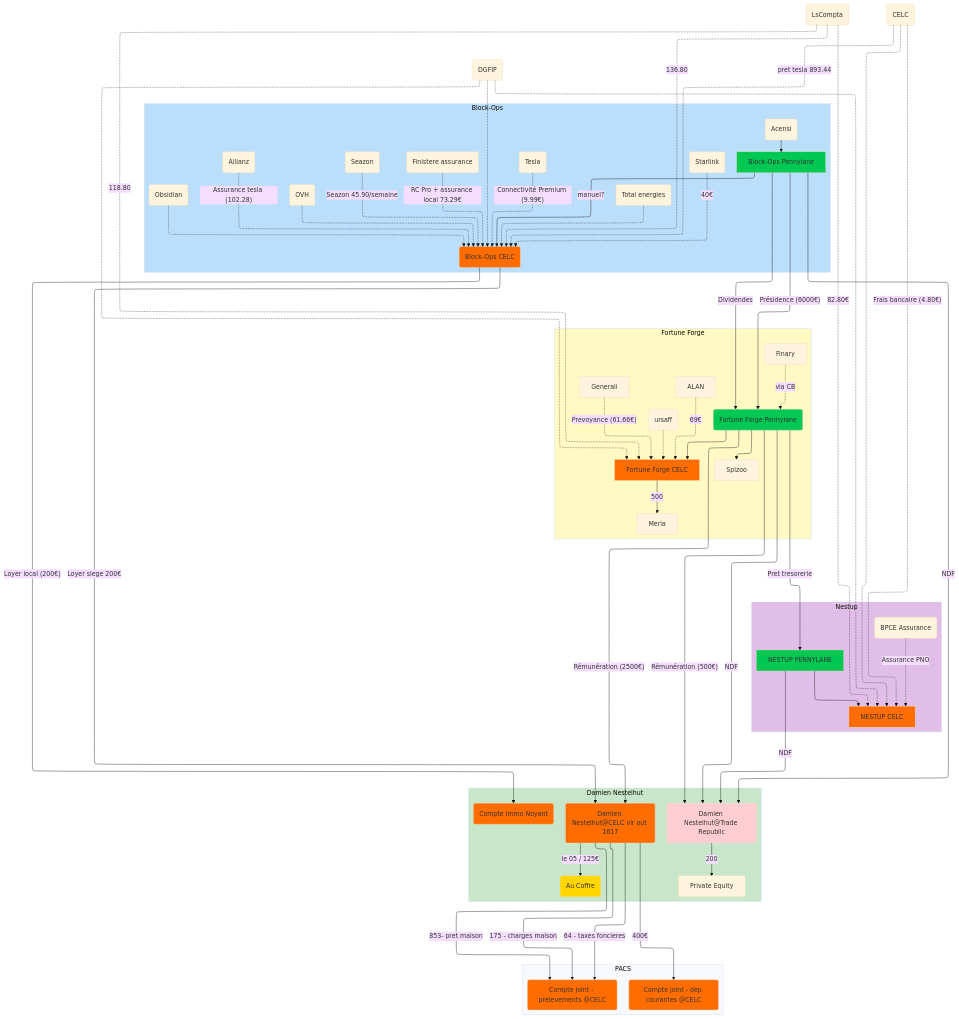
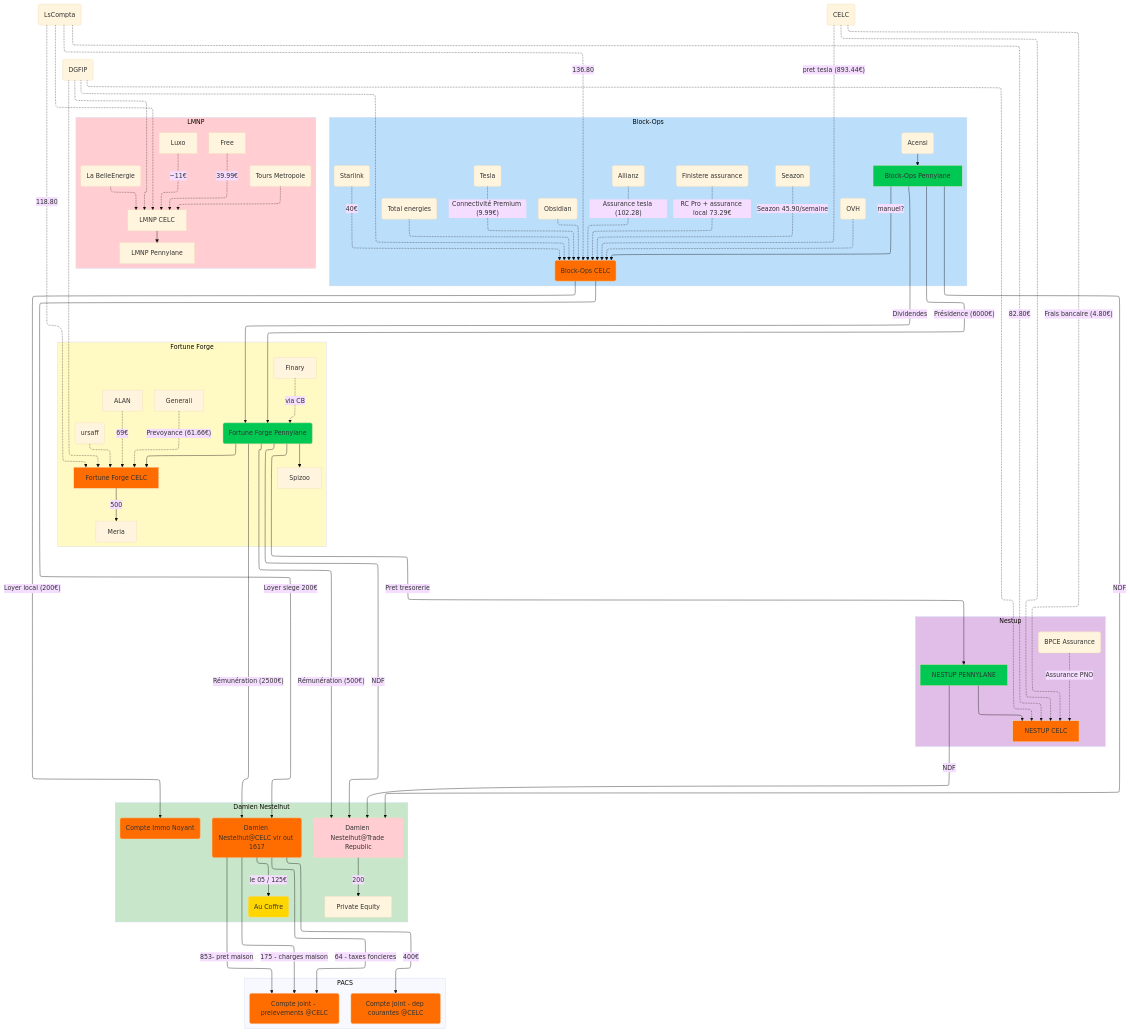
One commit to dnestelhut/fortune_forge_diagrams changed the diagram in ff_virements.mermaid. Above: the diagram before and after it, drawn with Mermaid (base theme).

Commit message:
Ajout de nouveaux nœuds et relations au diagramme LMNP dans ff_virements.mermaid

```diff
--- a/ff_virements.mermaid
+++ b/ff_virements.mermaid
@@ -1,125 +1,145 @@
 ---
 config:
   layout: elk
 ---
 flowchart TB
  subgraph s1["Fortune Forge"]
         FF_PENN("Fortune Forge Pennylane")
         E["Fortune Forge CELC"]
         n5["ursaff"]
         n4["Meria"]
         n19["Spizoo"]
         n21["Finary"]
         n23["ALAN"]
         n24["Generali"]
   end
  subgraph s2["Nestup"]
         n1["NESTUP PENNYLANE"]
         n2["NESTUP CELC"]
         n20["BPCE Assurance"]
   end
  subgraph s3["Damien Nestelhut"]
         DN_CELC("Damien Nestelhut@CELC vir out 1617")
         AUCOFFRE("Au Coffre")
         n10["Compte Immo Noyant"]
         DN_TR("Damien Nestelhut@Trade Republic")
         n7["Private Equity"]
   end
  subgraph s4["PACS"]
         JOINT_PREL("Compte joint - prelevements @CELC")
         JOINT_DEPC("Compte joint - dep courantes @CELC")
   end
  subgraph s5["Block-Ops"]
         BO_CELC("Block-Ops CELC")
         n9["Allianz"]
         n13["Finistere assurance"]
         n14["Seazon"]
         n15["Total energies"]
         n16["OVH"]
         n17["Tesla"]
         BO_PENN["Block-Ops Pennylane"]
         n8["Acensi"]
         n18["Obsidian"]
         n22["Starlink"]
   end
+ subgraph s6["LMNP"]
+        n25["LMNP CELC"]
+        n26["LMNP Pennylane"]
+        n27["Luxo"]
+        n28["Free"]
+        n30["Tours Metropole"]
+        n29["La BelleEnergie"]
+  end
     BO_PENN -- manuel? --> BO_CELC
     BO_PENN -- Présidence (6000€) --> FF_PENN
     FF_PENN -- Rémunération (2500€) --> DN_CELC
     FF_PENN -- Rémunération (500€) --> DN_TR
     DN_CELC -- le 05 / 125€ --> AUCOFFRE
     DN_CELC -- 400€ --> JOINT_DEPC
     DN_CELC L_DN_CELC_JOINT_PREL_0@-- "64 - taxes foncieres" --> JOINT_PREL
     DN_CELC -- "175 - charges maison" --> JOINT_PREL
     DN_CELC -- "853- pret maison" --> JOINT_PREL
     FF_PENN --> E & n19
     FF_PENN -- NDF --> DN_TR
     n1 --> n2
     E -- 500 --> n4
     n5 -.-> E
     n6["LsCompta"] -. "136.80" .-> BO_CELC
     n6 -. "118.80" .-> E
     n6 -. "82.80€" .-> n2
     DN_TR -- 200 --> n7
     n8 --> BO_PENN
     n9 -. "Assurance tesla (102.28)" .-> BO_CELC
     BO_CELC -- Loyer siege 200€ --> DN_CELC
     BO_CELC -- Loyer local (200€) --> n10
-    n11["DGFIP"] -.-> BO_CELC & E & n2
-    n12["CELC"] -. "pret tesla 893.44" .-> BO_CELC
+    n11["DGFIP"] -.-> BO_CELC & E & n2 & n25
+    n12["CELC"] -. "pret tesla (893.44€)" .-> BO_CELC
     n13 -. "RC Pro + assurance local 73.29€" .-> BO_CELC
     n14 -. "Seazon 45.90/semaine" .-> BO_CELC
     n15 -.-> BO_CELC
     n1 -- NDF --> DN_TR
     BO_PENN -- NDF --> DN_TR
     BO_PENN -- Dividendes --> FF_PENN
     FF_PENN -- Pret tresorerie --> n1
     n16 -.-> BO_CELC
     n17 -. "Connectivité Premium (9.99€)" .-> BO_CELC
     n18 -.-> BO_CELC
     n12 -.-> n2
     n12 -. "Frais bancaire (4.80€)" .-> n2
     n20 -. Assurance PNO .-> n2
     n21 -. via CB .-> FF_PENN
     n22 -. 40€ .-> BO_CELC
     n23 -. 69€ .-> E
     n24 -. "Prevoyance (61.66€)" .-> E
+    n6 -.-> n25
+    n25 --> n26
+    n27 -. ~11€ .-> n25
+    n28 -. "39.99€" .-> n25
+    n30 -.-> n25
+    n29 -.-> n25
 
     n5@{ shape: rounded}
     n19@{ shape: rect}
     n21@{ shape: rect}
     n23@{ shape: rect}
     n24@{ shape: rect}
     n1@{ shape: rect}
     n2@{ shape: rect}
     n20@{ shape: rounded}
     n10@{ shape: rounded}
     n9@{ shape: rounded}
     n13@{ shape: rounded}
     n14@{ shape: rounded}
     n15@{ shape: rounded}
     n16@{ shape: rounded}
     n17@{ shape: rounded}
     n8@{ shape: rounded}
     n18@{ shape: rounded}
     n22@{ shape: rounded}
+    n26@{ shape: rect}
+    n27@{ shape: rect}
+    n28@{ shape: rect}
+    n30@{ shape: rounded}
+    n29@{ shape: rounded}
     n6@{ shape: rounded}
     n11@{ shape: rounded}
     n12@{ shape: rounded}
     style FF_PENN fill:#00C853
     style E fill:#FF6D00
     style n1 fill:#00C853
     style n2 fill:#FF6D00
     style DN_CELC fill:#FF6D00
     style AUCOFFRE fill:#FFD600
     style n10 fill:#FF6D00
     style DN_TR fill:#FFCDD2
     style JOINT_PREL fill:#FF6D00
     style JOINT_DEPC fill:#FF6D00
     style BO_CELC fill:#FF6D00
     style BO_PENN fill:#00C853
     style s5 fill:#BBDEFB
     style s1 fill:#FFF9C4
     style s2 fill:#E1BEE7
     style s3 fill:#C8E6C9
+    style s6 fill:#FFCDD2
 
     L_DN_CELC_JOINT_PREL_0@{ animation: none }
```
